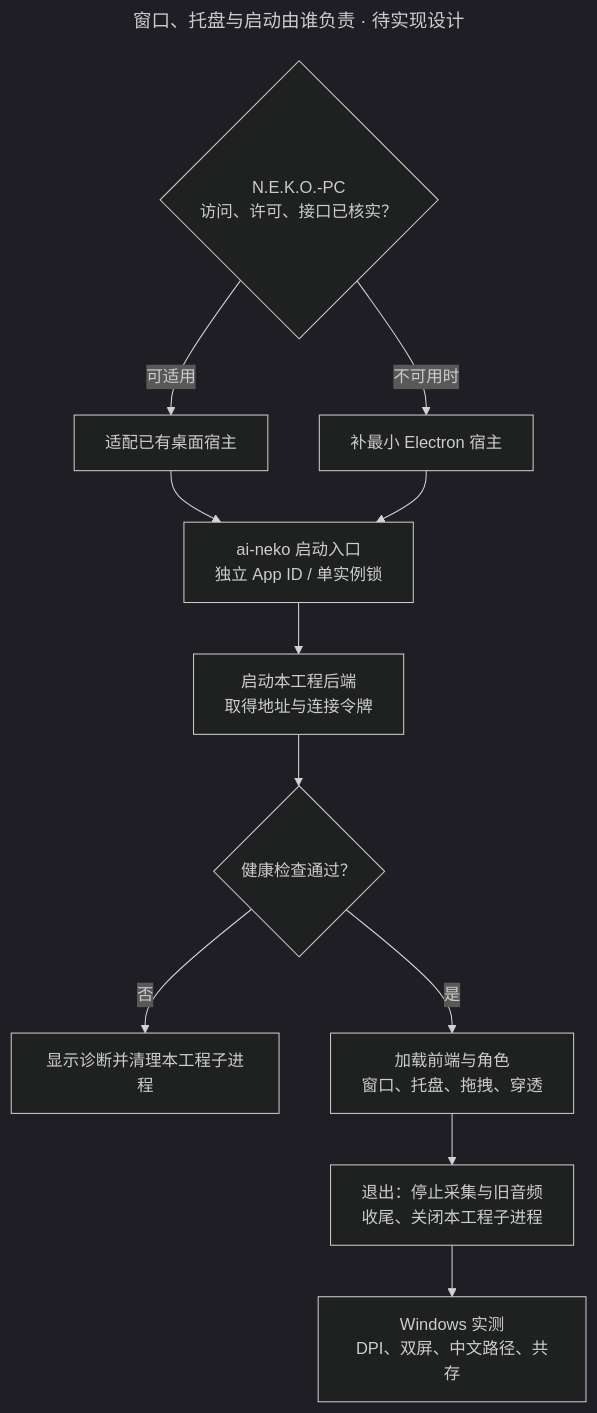
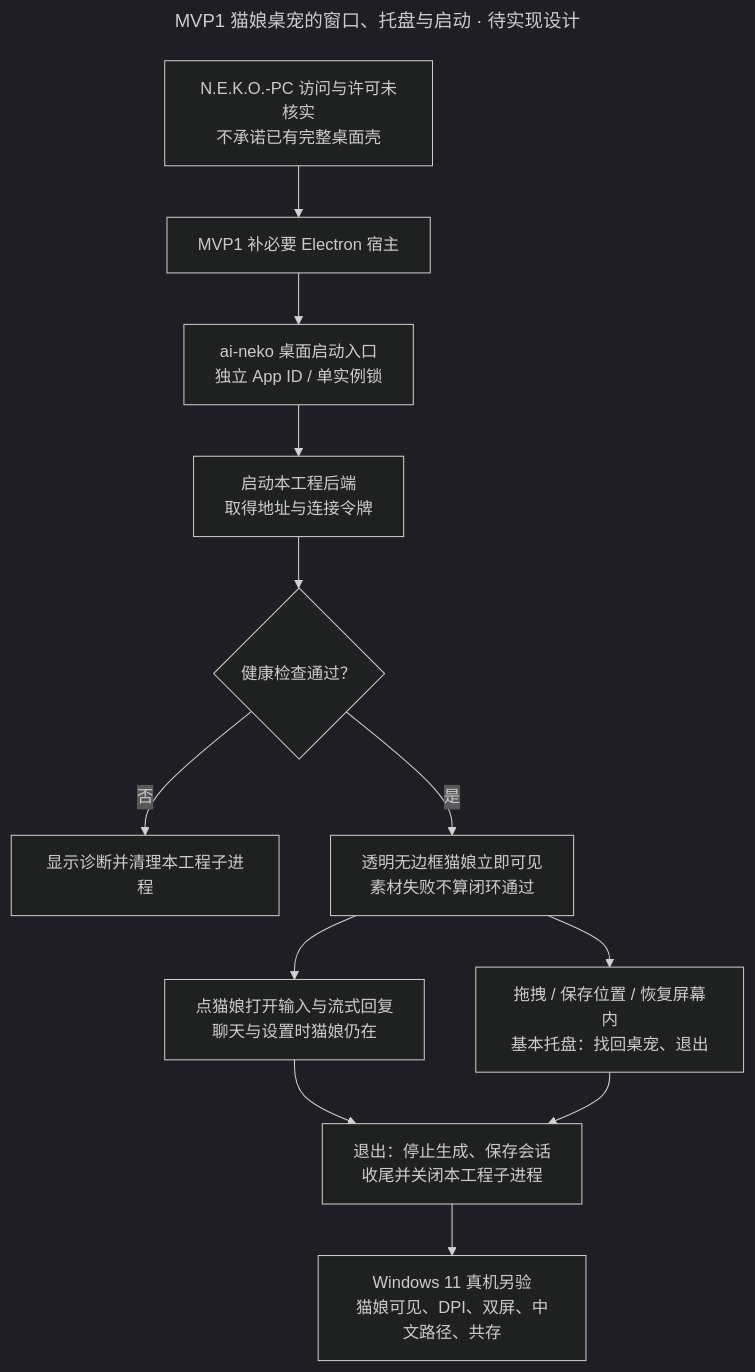
Before and after one commit to FrigidCrow/ai-neko: the diagram in docs/diagrams/src/17-desktop.mmd, drawn with Mermaid (dark theme). The commit also changed 167 other files, not shown here.

```diff
--- a/docs/diagrams/src/17-desktop.mmd
+++ b/docs/diagrams/src/17-desktop.mmd
@@ -1,15 +1,15 @@
 ---
-title: "窗口、托盘与启动由谁负责 · 待实现设计"
+title: "MVP1 猫娘桌宠的窗口、托盘与启动 · 待实现设计"
 ---
 flowchart TD
-    CHECK{"N.E.K.O.-PC<br/>访问、许可、接口已核实？"}
-    CHECK -->|可适用| REUSE["适配已有桌面宿主"]
-    CHECK -->|不可用时| MIN["补最小 Electron 宿主"]
-    REUSE --> START["ai-neko 启动入口<br/>独立 App ID / 单实例锁"]
-    MIN --> START
+    LIMIT["N.E.K.O.-PC 访问与许可未核实<br/>不承诺已有完整桌面壳"] --> MIN["MVP1 补必要 Electron 宿主"]
+    MIN --> START["ai-neko 桌面启动入口<br/>独立 App ID / 单实例锁"]
     START --> BACK["启动本工程后端<br/>取得地址与连接令牌"]
     BACK --> READY{"健康检查通过？"}
     READY -->|否| ERR["显示诊断并清理本工程子进程"]
-    READY -->|是| UI["加载前端与角色<br/>窗口、托盘、拖拽、穿透"]
-    UI --> EXIT["退出：停止采集与旧音频<br/>收尾、关闭本工程子进程"]
-    EXIT --> TEST["Windows 实测<br/>DPI、双屏、中文路径、共存"]
+    READY -->|是| UI["透明无边框猫娘立即可见<br/>素材失败不算闭环通过"]
+    UI --> CHAT["点猫娘打开输入与流式回复<br/>聊天与设置时猫娘仍在"]
+    UI --> POS["拖拽 / 保存位置 / 恢复屏幕内<br/>基本托盘：找回桌宠、退出"]
+    CHAT --> EXIT["退出：停止生成、保存会话<br/>收尾并关闭本工程子进程"]
+    POS --> EXIT
+    EXIT --> TEST["Windows 11 真机另验<br/>猫娘可见、DPI、双屏、中文路径、共存"]
```
